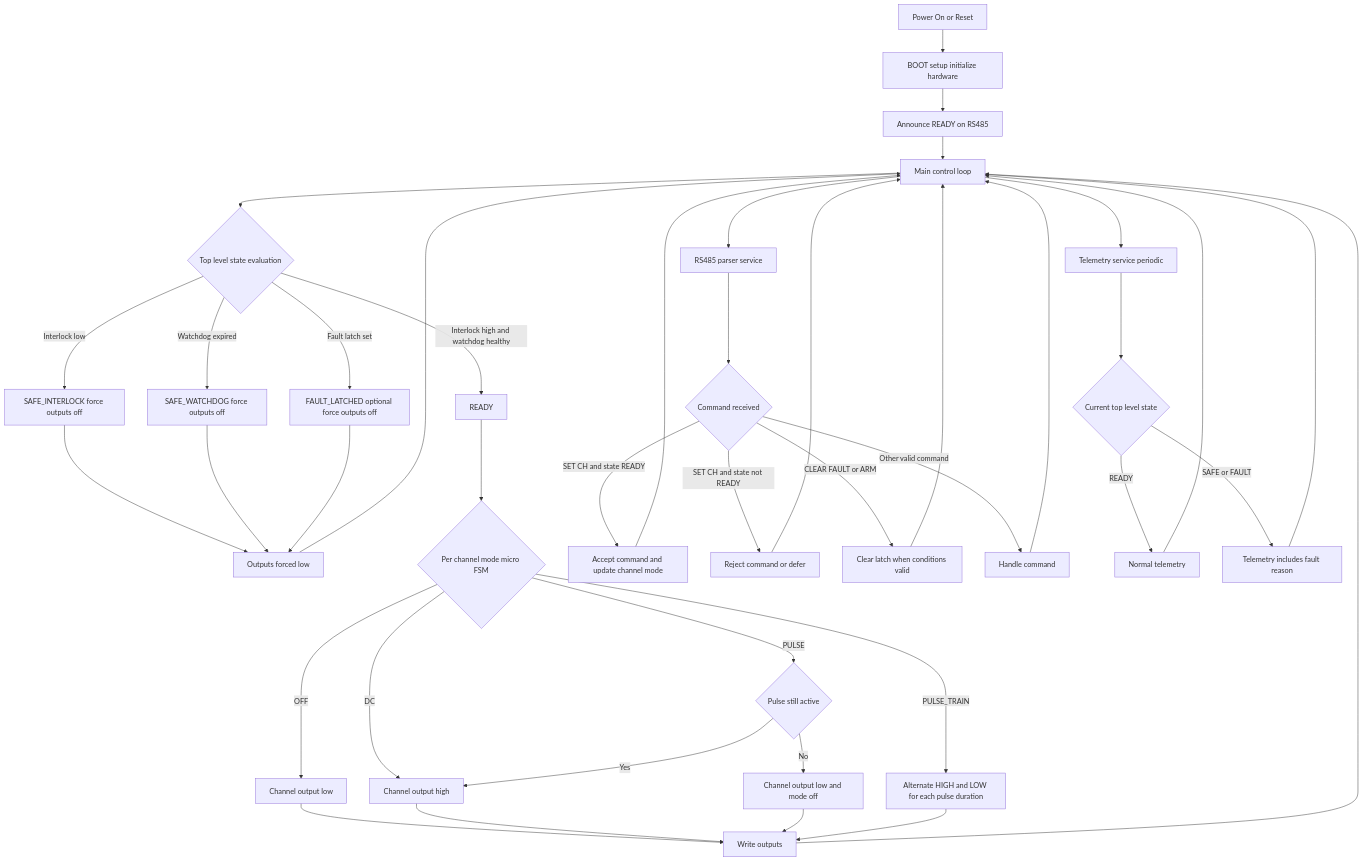
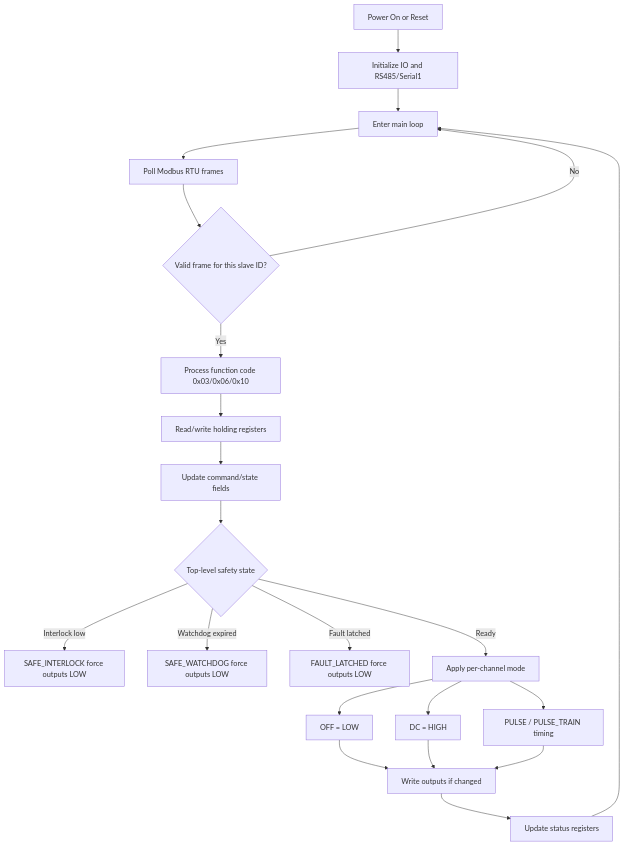
One commit to uw-loci/beam-controller changed the diagram in README.md. Above: the diagram before and after it, drawn with Mermaid. The commit also changed other lines of this file and 5 other files, not shown here.

````diff
--- a/README.md
+++ b/README.md
@@ -72,48 +100,28 @@
 ```mermaid
 flowchart TD
-  A[Power On or Reset] --> B[BOOT setup initialize hardware]
-  B --> C[Announce READY on RS485]
-  C --> D[Main control loop]
+  A[Power On or Reset] --> B[Initialize IO and RS485/Serial1]
+  B --> C[Enter main loop]
 
-  D --> E{Top level state evaluation}
-  E -- Interlock low --> S1[SAFE_INTERLOCK force outputs off]
-  E -- Watchdog expired --> S2[SAFE_WATCHDOG force outputs off]
-  E -- Fault latch set --> S3[FAULT_LATCHED optional force outputs off]
-  E -- Interlock high and watchdog healthy --> R[READY]
+  C --> D[Poll Modbus RTU frames]
+  D --> E{Valid frame for this slave ID?}
+  E -- No --> C
+  E -- Yes --> F[Process function code 0x03/0x06/0x10]
+  F --> G[Read/write holding registers]
+  G --> H[Update command/state fields]
 
-  S1 --> SF[Outputs forced low]
-  S2 --> SF
-  S3 --> SF
-  SF --> D
+  H --> I{Top-level safety state}
+  I -- Interlock low --> I1[SAFE_INTERLOCK force outputs LOW]
+  I -- Watchdog expired --> I2[SAFE_WATCHDOG force outputs LOW]
+  I -- Fault latched --> I3[FAULT_LATCHED force outputs LOW]
+  I -- Ready --> J[Apply per-channel mode]
 
-  R --> M{Per channel mode micro FSM}
-  M -- OFF --> M1[Channel output low]
-  M -- DC --> M2[Channel output high]
-  M -- PULSE --> M3{Pulse still active}
-  M -- PULSE_TRAIN --> M5[Alternate HIGH and LOW for each pulse duration]
-  M3 -- Yes --> M2
-  M3 -- No --> M4[Channel output low and mode off]
-  M1 --> MW[Write outputs]
-  M2 --> MW
-  M4 --> MW
-  M5 --> MW
-  MW --> D
+  J --> J1[OFF = LOW]
+  J --> J2[DC = HIGH]
+  J --> J3[PULSE / PULSE_TRAIN timing]
+  J1 --> K[Write outputs if changed]
+  J2 --> K
+  J3 --> K
 
-  D --> P[RS485 parser service]
-  P --> PC{Command received}
-  PC -- SET CH and state READY --> PA[Accept command and update channel mode]
-  PC -- SET CH and state not READY --> PR[Reject command or defer]
-  PC -- CLEAR FAULT or ARM --> PL[Clear latch when conditions valid]
-  PC -- Other valid command --> PO[Handle command]
-  PA --> D
-  PR --> D
-  PL --> D
-  PO --> D
-
-  D --> T[Telemetry service periodic]
-  T --> TS{Current top level state}
-  TS -- READY --> T1[Normal telemetry]
-  TS -- SAFE or FAULT --> T2[Telemetry includes fault reason]
-  T1 --> D
-  T2 --> D
+  K --> L[Update status registers]
+  L --> C
 ```
````
